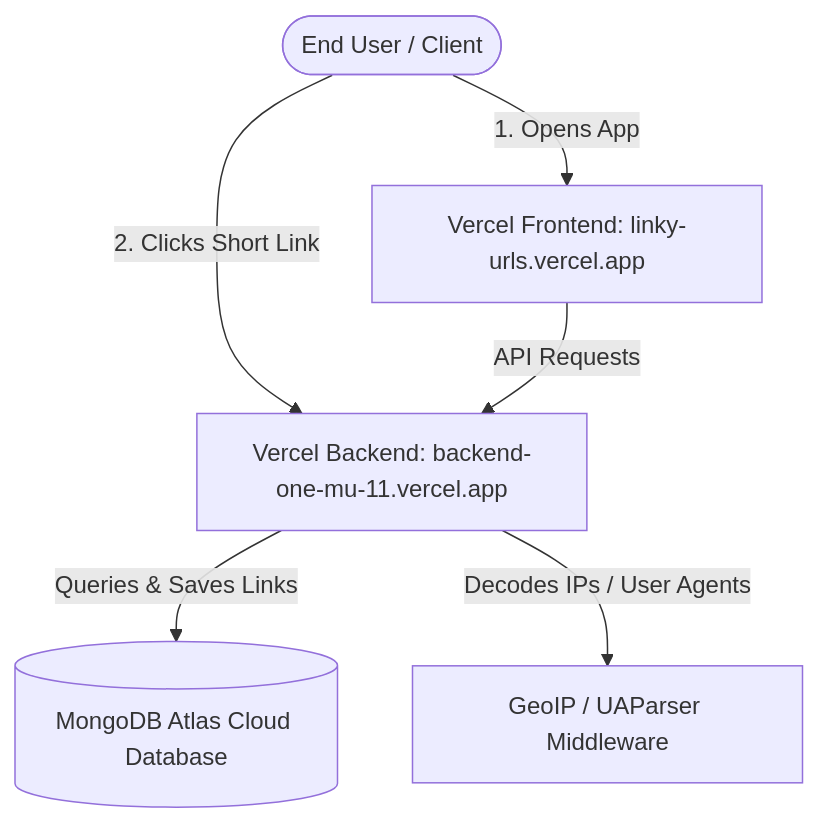
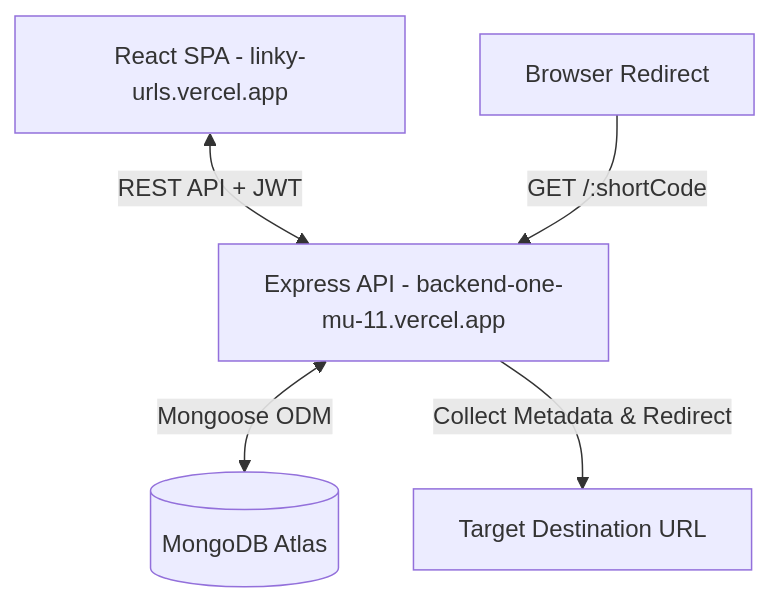
One commit to N4veen4/Linky changed the diagram in README.md. Above: the diagram before and after it, drawn with Mermaid.

Commit message:
Update system architecture diagram in README.md to match the template style

````diff
--- a/README.md
+++ b/README.md
@@ -69,9 +69,7 @@
 ```mermaid
 graph TD
-    User([End User / Client]) -->|1. Opens App| Frontend[Vercel Frontend: linky-urls.vercel.app]
-    User -->|2. Clicks Short Link| Backend[Vercel Backend: backend-one-mu-11.vercel.app]
-    
-    Frontend -->|API Requests| Backend
-    Backend -->|Queries & Saves Links| DB[(MongoDB Atlas Cloud Database)]
-    Backend -->|Decodes IPs / User Agents| GeoIP[GeoIP / UAParser Middleware]
+    Client[React SPA - linky-urls.vercel.app] <-->|REST API + JWT| Backend[Express API - backend-one-mu-11.vercel.app]
+    Backend <-->|Mongoose ODM| DB[(MongoDB Atlas)]
+    ClientRedirect[Browser Redirect] -->|GET /:shortCode| Backend
+    Backend -->|Collect Metadata & Redirect| LongURL[Target Destination URL]
 ```
````
